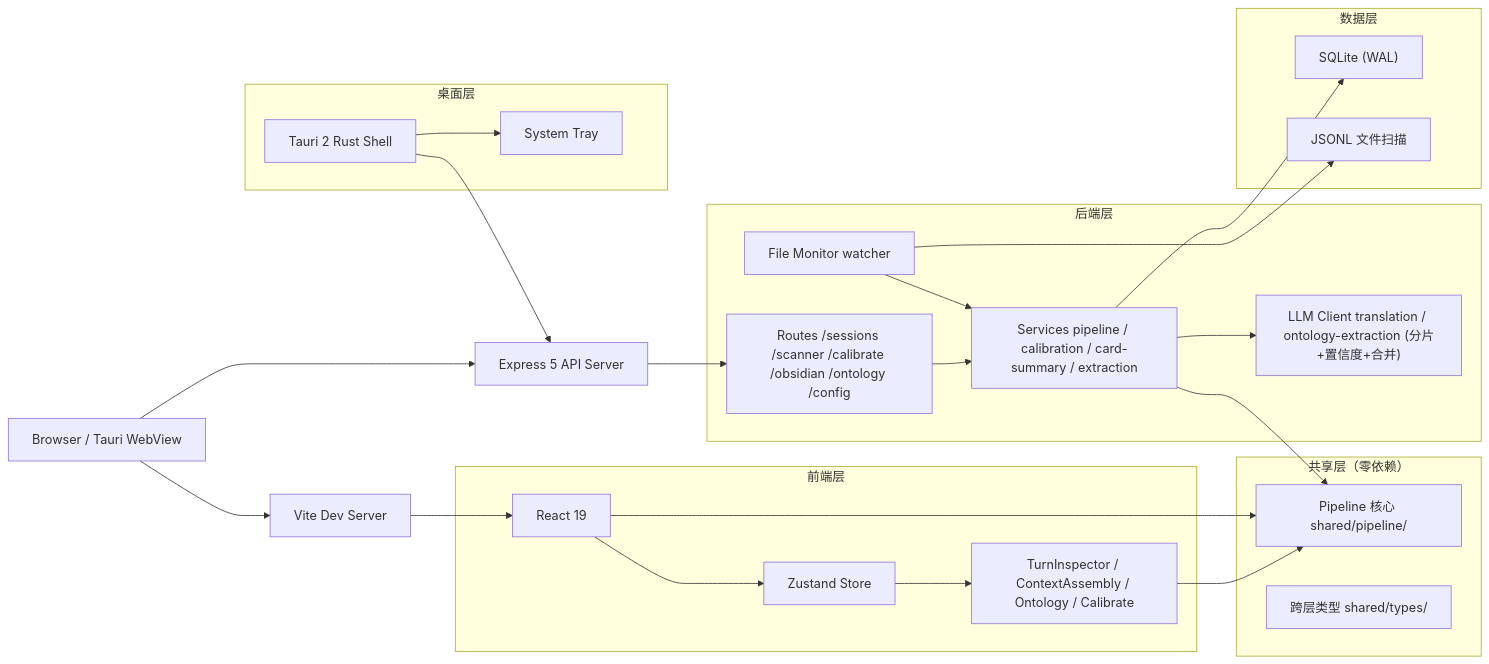
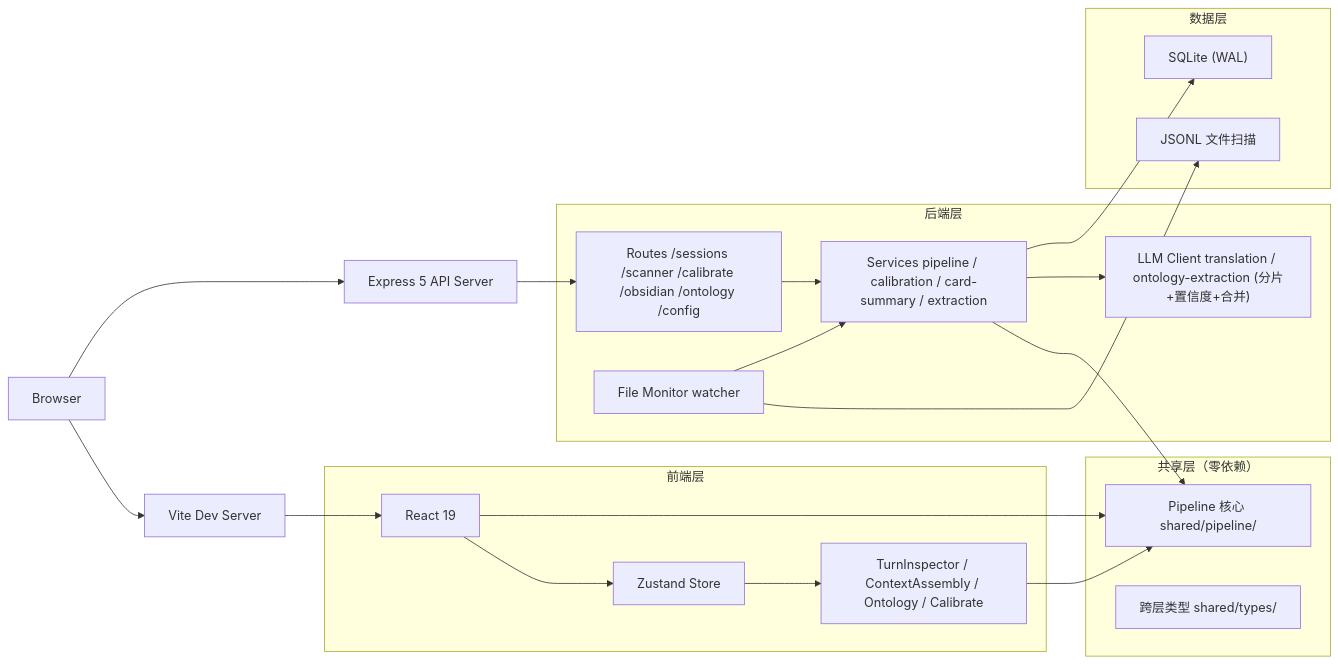
Before and after one commit to ghoshadow/llm-context-viz: the diagram in README.md, drawn with Mermaid. The commit also changed other lines of this file and 38 other files, not shown here.

````diff
--- a/README.md
+++ b/README.md
@@ -30,50 +28,42 @@
 ```mermaid
 flowchart LR
-    Browser["Browser / Tauri WebView"] --> Vite["Vite Dev Server"]
+    Browser["Browser"] --> Vite["Vite Dev Server"]
     Browser --> Express["Express 5 API Server"]
 
     subgraph Frontend["前端层"]
         React["React 19"]
         Zustand["Zustand Store"]
         Pages["TurnInspector / ContextAssembly / Ontology / Calibrate"]
     end
 
     subgraph Shared["共享层（零依赖）"]
         Pipeline["Pipeline 核心 shared/pipeline/"]
         Types["跨层类型 shared/types/"]
     end
 
     subgraph Backend["后端层"]
         Routes["Routes /sessions /scanner /calibrate /obsidian /ontology /config"]
         Services["Services pipeline / calibration / card-summary / extraction"]
         LLM["LLM Client translation / ontology-extraction (分片+置信度+合并)"]
         Monitor["File Monitor watcher"]
     end
 
     subgraph Data["数据层"]
         SQLite["SQLite (WAL)"]
         JSONL["JSONL 文件扫描"]
     end
 
-    subgraph Desktop["桌面层"]
-        Tauri["Tauri 2 Rust Shell"]
-        Tray["System Tray"]
-    end
-
     Vite --> React
     React --> Zustand
     Zustand --> Pages
 
     Pages --> Pipeline
     React --> Pipeline
     Express --> Routes
     Routes --> Services
     Services --> Pipeline
     Services --> LLM
     Services --> SQLite
     Monitor --> JSONL
     Monitor --> Services
-
-    Tauri --> Express
-    Tauri --> Tray
 ```
````
